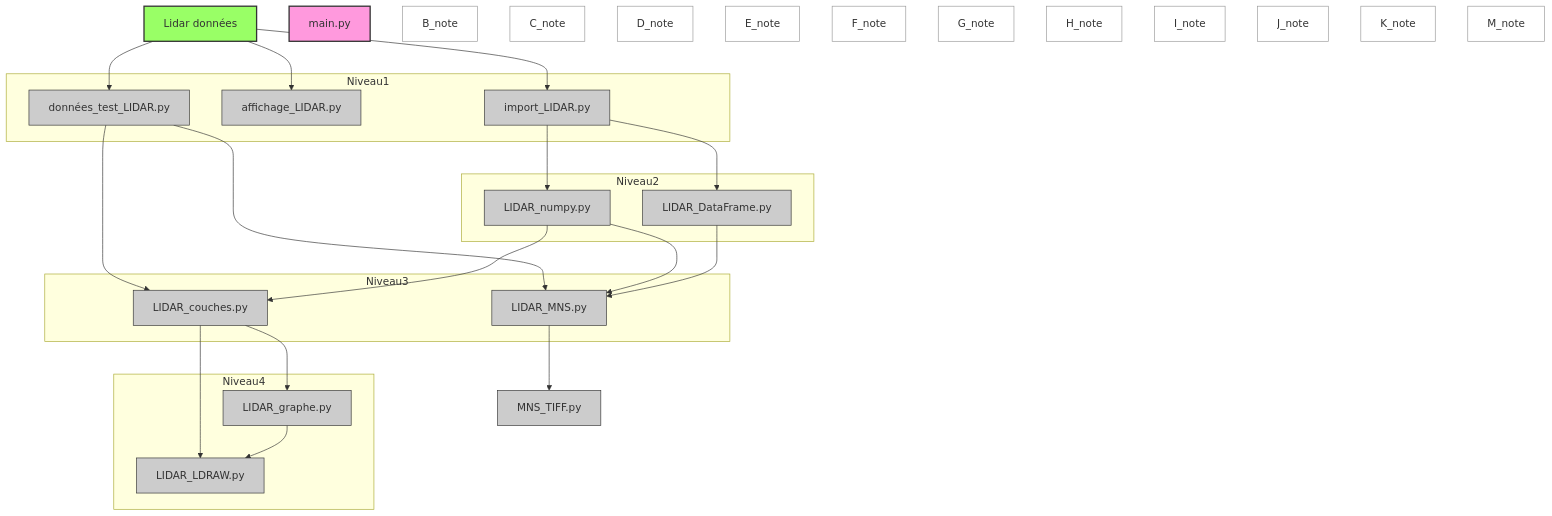
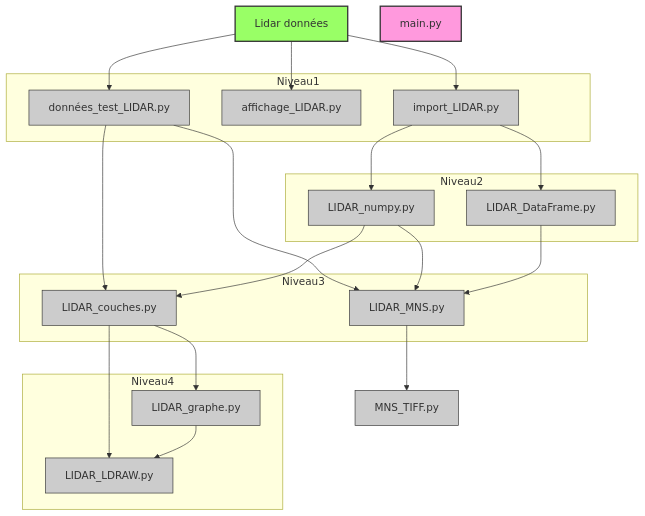
The diagram in Workflow.md (DanQue69/LEGO_Master), drawn with Mermaid before and after one commit.

```diff
--- a/Workflow.md
+++ b/Workflow.md
@@ -74,17 +74,7 @@
     style K fill:#ccc,stroke:#333,stroke-width:1px
     style M fill:#f9d,stroke:#333,stroke-width:2px
 
-    style B_note fill:#fff,stroke:#999,stroke-width:1px
-    style C_note fill:#fff,stroke:#999,stroke-width:1px
-    style D_note fill:#fff,stroke:#999,stroke-width:1px
-    style E_note fill:#fff,stroke:#999,stroke-width:1px
-    style F_note fill:#fff,stroke:#999,stroke-width:1px
-    style G_note fill:#fff,stroke:#999,stroke-width:1px
-    style H_note fill:#fff,stroke:#999,stroke-width:1px
-    style I_note fill:#fff,stroke:#999,stroke-width:1px
-    style J_note fill:#fff,stroke:#999,stroke-width:1px
-    style K_note fill:#fff,stroke:#999,stroke-width:1px
-    style M_note fill:#fff,stroke:#999,stroke-width:1px
+
 
 
     
```
